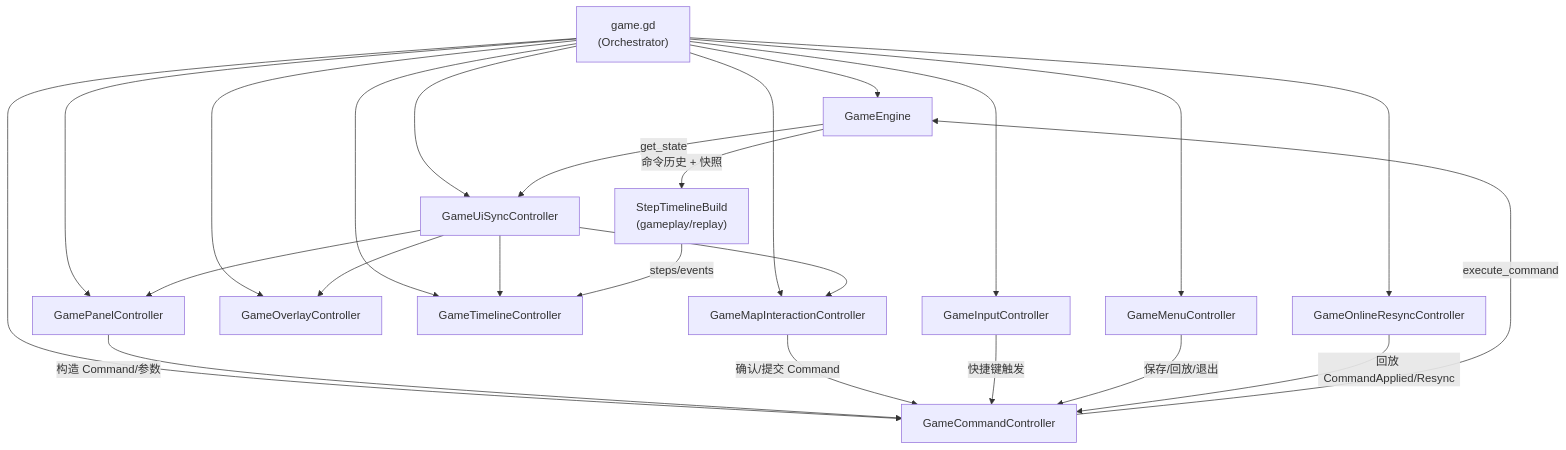
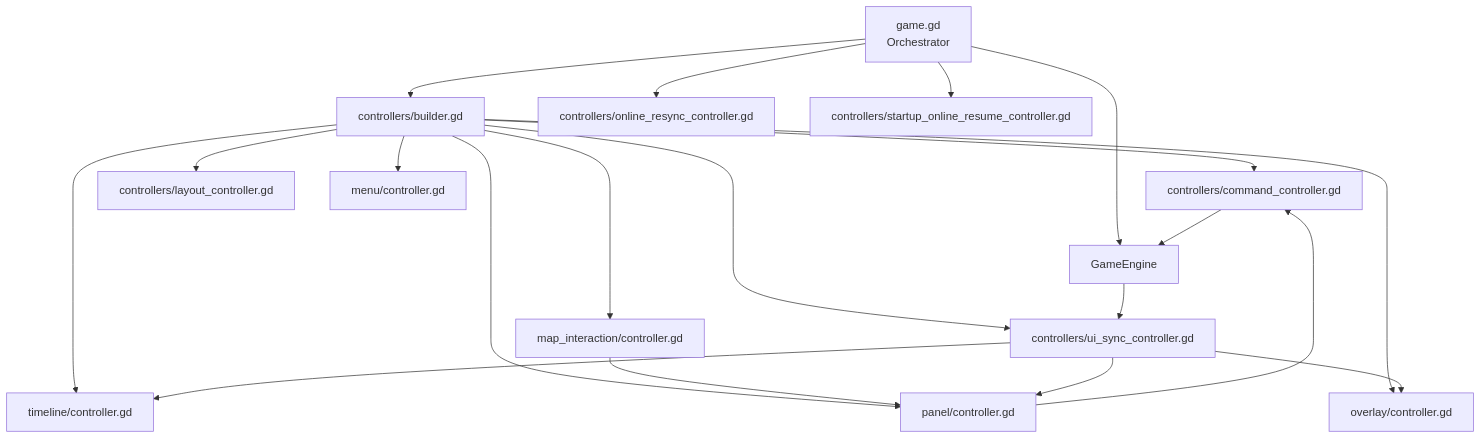
The diagram in docs/architecture/21-ui-game-scene.md (ygowill/food_chain_magnate), drawn with Mermaid before and after one commit. The commit also changed other lines of this file and 82 other files, not shown here.

Commit message:
docs: reorganize documentation structure and refresh architecture docs

````diff
--- a/docs/architecture/21-ui-game-scene.md
+++ b/docs/architecture/21-ui-game-scene.md
@@ -9,44 +7,39 @@
 ```mermaid
 flowchart TB
-  GameGD["game.gd\n(Orchestrator)"]
+  GameGD["game.gd\nOrchestrator"]
+  Builder["controllers/builder.gd"]
   Engine["GameEngine"]
 
-  Cmd["GameCommandController"]
-  UiSync["GameUiSyncController"]
-  Panels["GamePanelController"]
-  MapCtrl["GameMapInteractionController"]
-  Overlays["GameOverlayController"]
-  TimelineCtrl["GameTimelineController"]
-  InputCtrl["GameInputController"]
-  MenuCtrl["GameMenuController"]
-  OnlineCtrl["GameOnlineResyncController"]
+  Cmd["controllers/command_controller.gd"]
+  UiSync["controllers/ui_sync_controller.gd"]
+  Timeline["timeline/controller.gd"]
+  Panel["panel/controller.gd"]
+  MapInt["map_interaction/controller.gd"]
+  Overlay["overlay/controller.gd"]
+  Layout["controllers/layout_controller.gd"]
+  Menu["menu/controller.gd"]
+  Online["controllers/online_resync_controller.gd"]
+  StartupResume["controllers/startup_online_resume_controller.gd"]
 
-  StepTimeline["StepTimelineBuild\n(gameplay/replay)"]
+  GameGD --> Builder
+  Builder --> Cmd
+  Builder --> UiSync
+  Builder --> Timeline
+  Builder --> Panel
+  Builder --> MapInt
+  Builder --> Overlay
+  Builder --> Layout
+  Builder --> Menu
 
   GameGD --> Engine
-  GameGD --> Cmd
-  GameGD --> UiSync
-  GameGD --> Panels
-  GameGD --> MapCtrl
-  GameGD --> Overlays
-  GameGD --> TimelineCtrl
-  GameGD --> InputCtrl
-  GameGD --> MenuCtrl
-  GameGD --> OnlineCtrl
+  GameGD --> Online
+  GameGD --> StartupResume
 
-  Panels -->|"构造 Command/参数"| Cmd
-  MapCtrl -->|"确认/提交 Command"| Cmd
-  InputCtrl -->|"快捷键触发"| Cmd
-  MenuCtrl -->|"保存/回放/退出"| Cmd
-  OnlineCtrl -->|"回放 CommandApplied/Resync"| Cmd
-
-  Cmd -->|"execute_command"| Engine
-  Engine -->|"get_state"| UiSync
-  UiSync --> Panels
-  UiSync --> MapCtrl
-  UiSync --> Overlays
-  UiSync --> TimelineCtrl
-
-  Engine -->|"命令历史 + 快照"| StepTimeline
-  StepTimeline -->|"steps/events"| TimelineCtrl
+  Panel --> Cmd
+  MapInt --> Panel
+  Cmd --> Engine
+  Engine --> UiSync
+  UiSync --> Timeline
+  UiSync --> Panel
+  UiSync --> Overlay
 ```
````
